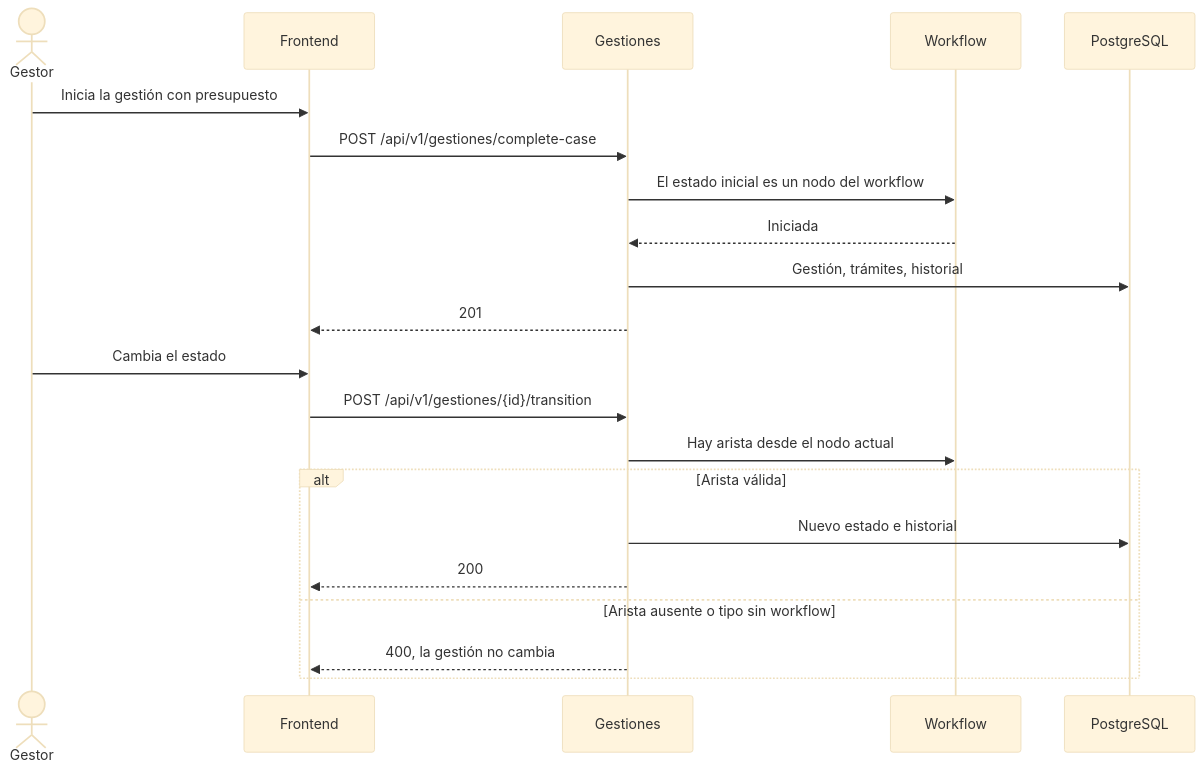
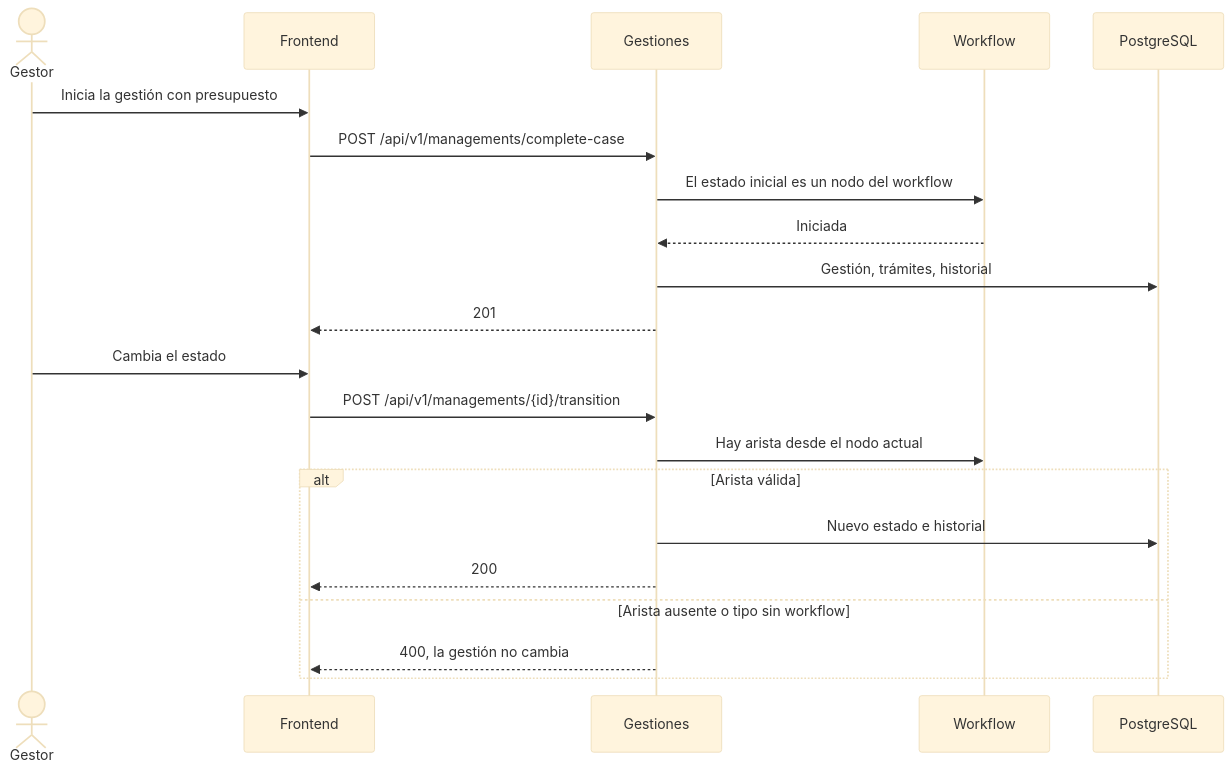
One commit to matiaspakua/notaire changed the tenth of 16 diagrams in docs/200-architecture/203-design/CICLO-DE-VIDA.md. Above: the diagram before and after it, drawn with Mermaid (base theme). The commit also changed other lines of this file and 15 other files, not shown here.

````diff
--- a/docs/200-architecture/203-design/CICLO-DE-VIDA.md
+++ b/docs/200-architecture/203-design/CICLO-DE-VIDA.md
@@ -336,25 +338,25 @@
 ```mermaid
 sequenceDiagram
   actor Gestor
   participant FE as Frontend
   participant API as Gestiones
   participant WF as Workflow
   participant DB as PostgreSQL
 
   Gestor->>FE: Inicia la gestión con presupuesto
-  FE->>API: POST /api/v1/gestiones/complete-case
+  FE->>API: POST /api/v1/managements/complete-case
   API->>WF: El estado inicial es un nodo del workflow
   WF-->>API: Iniciada
   API->>DB: Gestión, trámites, historial
   API-->>FE: 201
 
   Gestor->>FE: Cambia el estado
-  FE->>API: POST /api/v1/gestiones/{id}/transition
+  FE->>API: POST /api/v1/managements/{id}/transition
   API->>WF: Hay arista desde el nodo actual
   alt Arista válida
     API->>DB: Nuevo estado e historial
     API-->>FE: 200
   else Arista ausente o tipo sin workflow
     API-->>FE: 400, la gestión no cambia
   end
 ```
````
